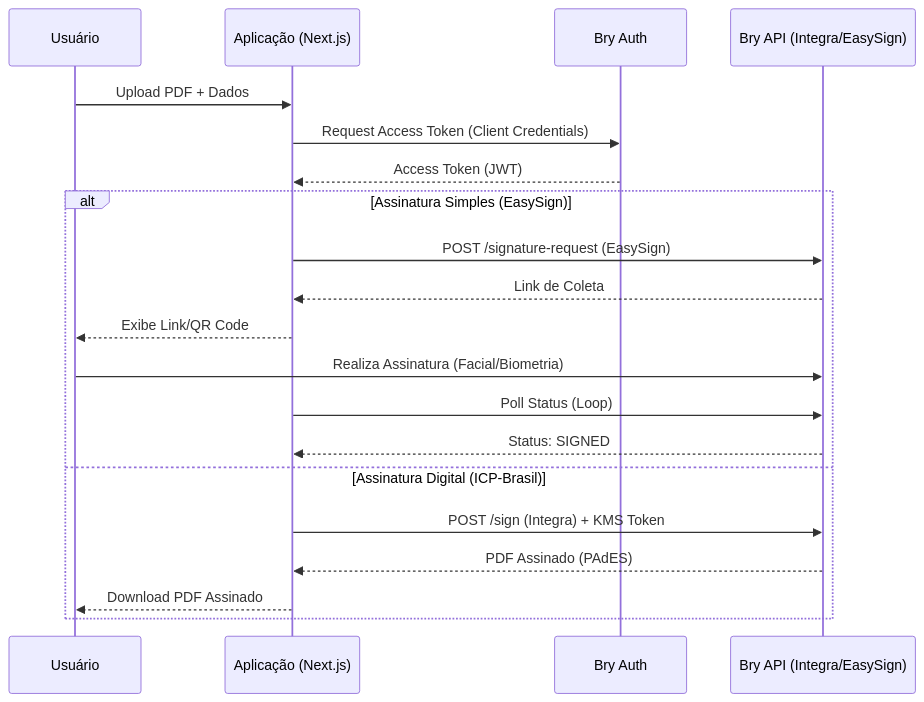
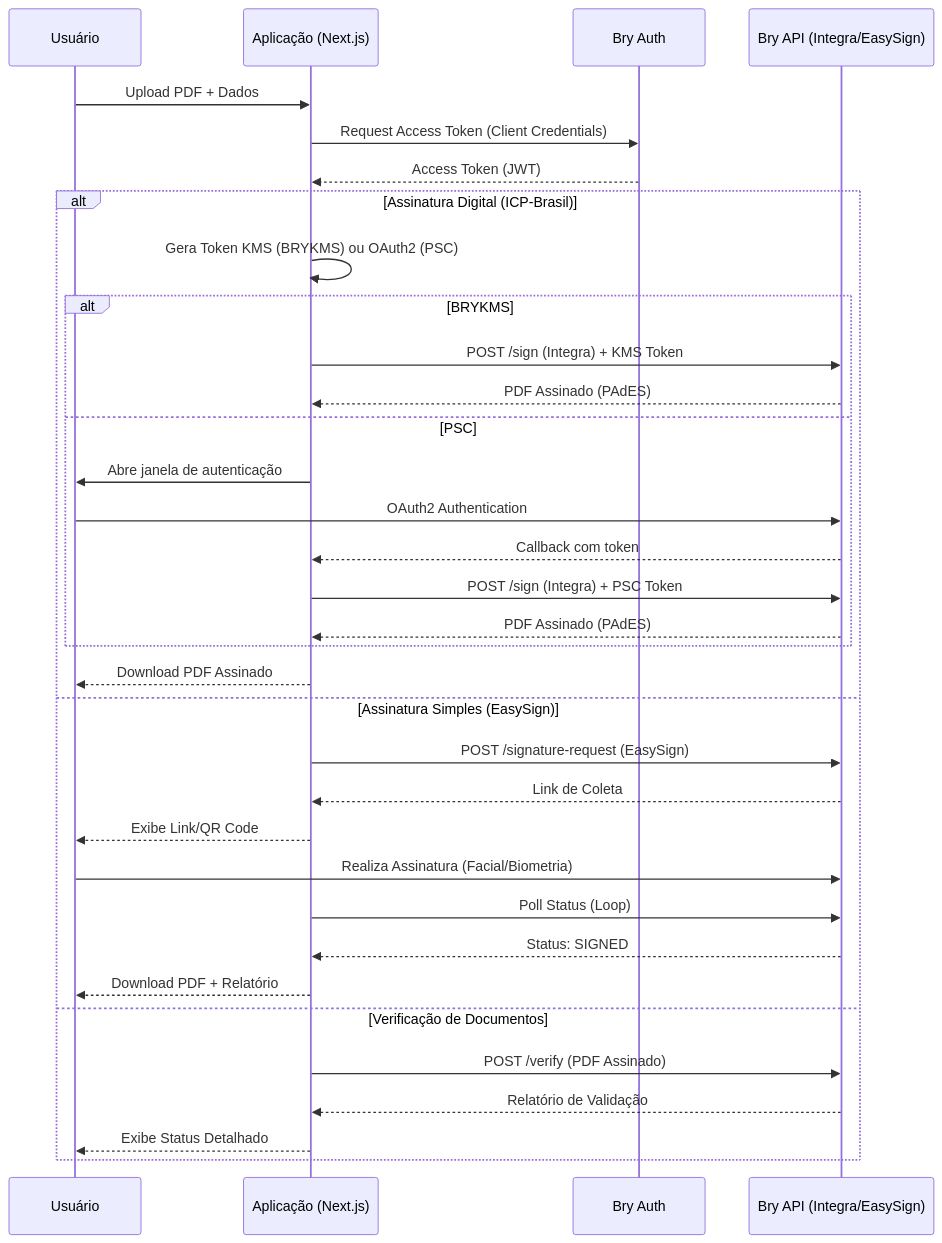
Before and after one commit to gfeelixsantos/bry-signer: the diagram in README.md, drawn with Mermaid. The commit also changed other lines of this file and 1 other file, not shown here.

````diff
--- a/README.md
+++ b/README.md
@@ -117,24 +193,38 @@
 ```mermaid
 sequenceDiagram
     participant User as Usuário
     participant App as Aplicação (Next.js)
     participant BryAuth as Bry Auth
     participant BryAPI as Bry API (Integra/EasySign)
 
     User->>App: Upload PDF + Dados
     App->>BryAuth: Request Access Token (Client Credentials)
     BryAuth-->>App: Access Token (JWT)
 
-    alt Assinatura Simples (EasySign)
+    alt Assinatura Digital (ICP-Brasil)
+        App->>App: Gera Token KMS (BRYKMS) ou OAuth2 (PSC)
+        alt BRYKMS
+            App->>BryAPI: POST /sign (Integra) + KMS Token
+            BryAPI-->>App: PDF Assinado (PAdES)
+        else PSC
+            App->>User: Abre janela de autenticação
+            User->>BryAPI: OAuth2 Authentication
+            BryAPI-->>App: Callback com token
+            App->>BryAPI: POST /sign (Integra) + PSC Token
+            BryAPI-->>App: PDF Assinado (PAdES)
+        end
+        App-->>User: Download PDF Assinado
+    else Assinatura Simples (EasySign)
         App->>BryAPI: POST /signature-request (EasySign)
         BryAPI-->>App: Link de Coleta
         App-->>User: Exibe Link/QR Code
         User->>BryAPI: Realiza Assinatura (Facial/Biometria)
         App->>BryAPI: Poll Status (Loop)
         BryAPI-->>App: Status: SIGNED
-    else Assinatura Digital (ICP-Brasil)
-        App->>BryAPI: POST /sign (Integra) + KMS Token
-        BryAPI-->>App: PDF Assinado (PAdES)
-        App-->>User: Download PDF Assinado
+        App-->>User: Download PDF + Relatório
+    else Verificação de Documentos
+        App->>BryAPI: POST /verify (PDF Assinado)
+        BryAPI-->>App: Relatório de Validação
+        App-->>User: Exibe Status Detalhado
     end
 ```
````
